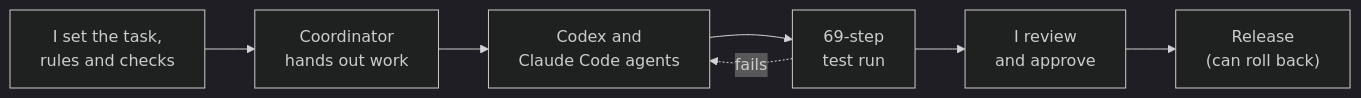
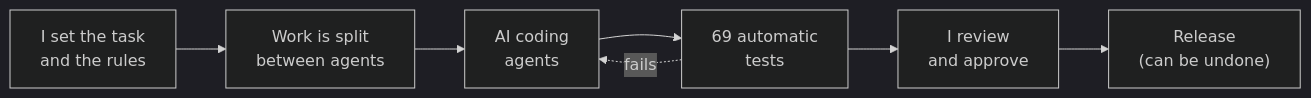
One commit to rekomakela/rekomakela changed the second of 2 diagrams in README.md. Above: the diagram before and after it, drawn with Mermaid (dark theme). The commit also changed other lines of this file, not shown here.

````diff
--- a/README.md
+++ b/README.md
@@ -49,9 +50,9 @@
 ```mermaid
 flowchart LR
-  A["I set the task,<br/>rules and checks"] --> B["Coordinator<br/>hands out work"]
-  B --> C["Codex and<br/>Claude Code agents"]
-  C --> D["69-step<br/>test run"]
+  A["I set the task<br/>and the rules"] --> B["Work is split<br/>between agents"]
+  B --> C["AI coding<br/>agents"]
+  C --> D["69 automatic<br/>tests"]
   D --> E["I review<br/>and approve"]
-  E --> F["Release<br/>(can roll back)"]
+  E --> F["Release<br/>(can be undone)"]
   D -. fails .-> C
 ```
````
